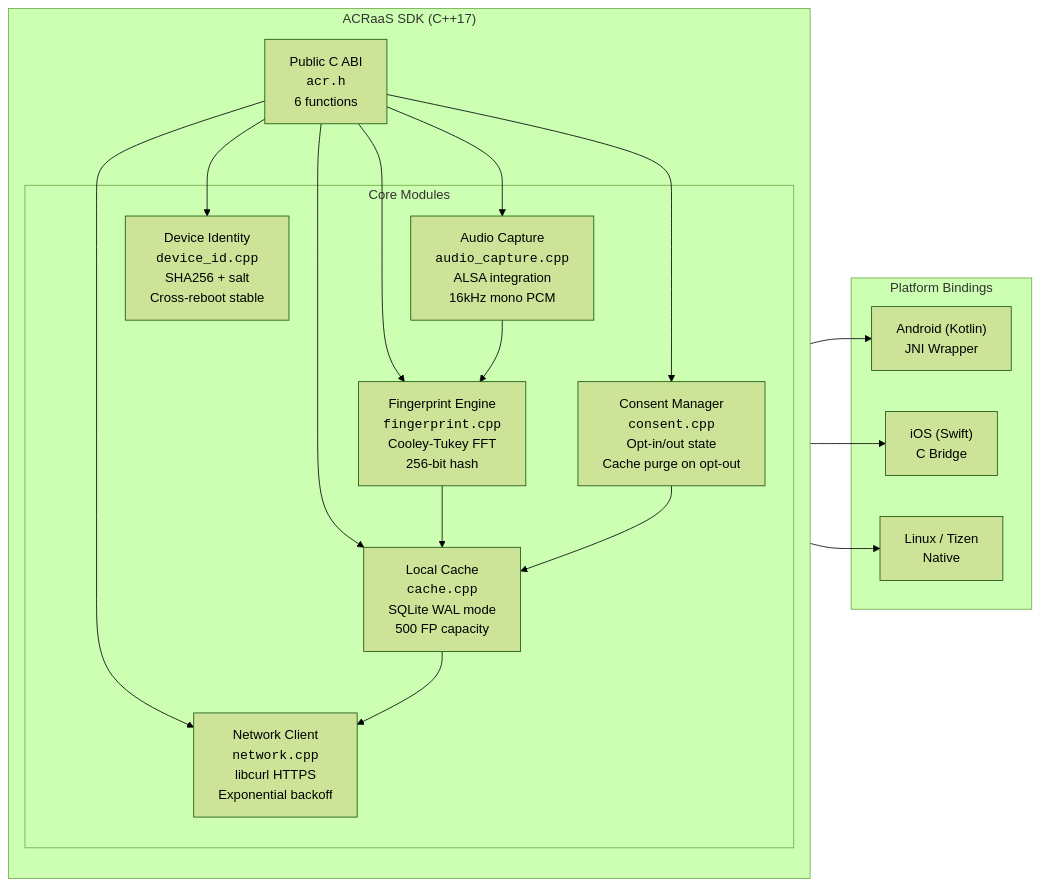
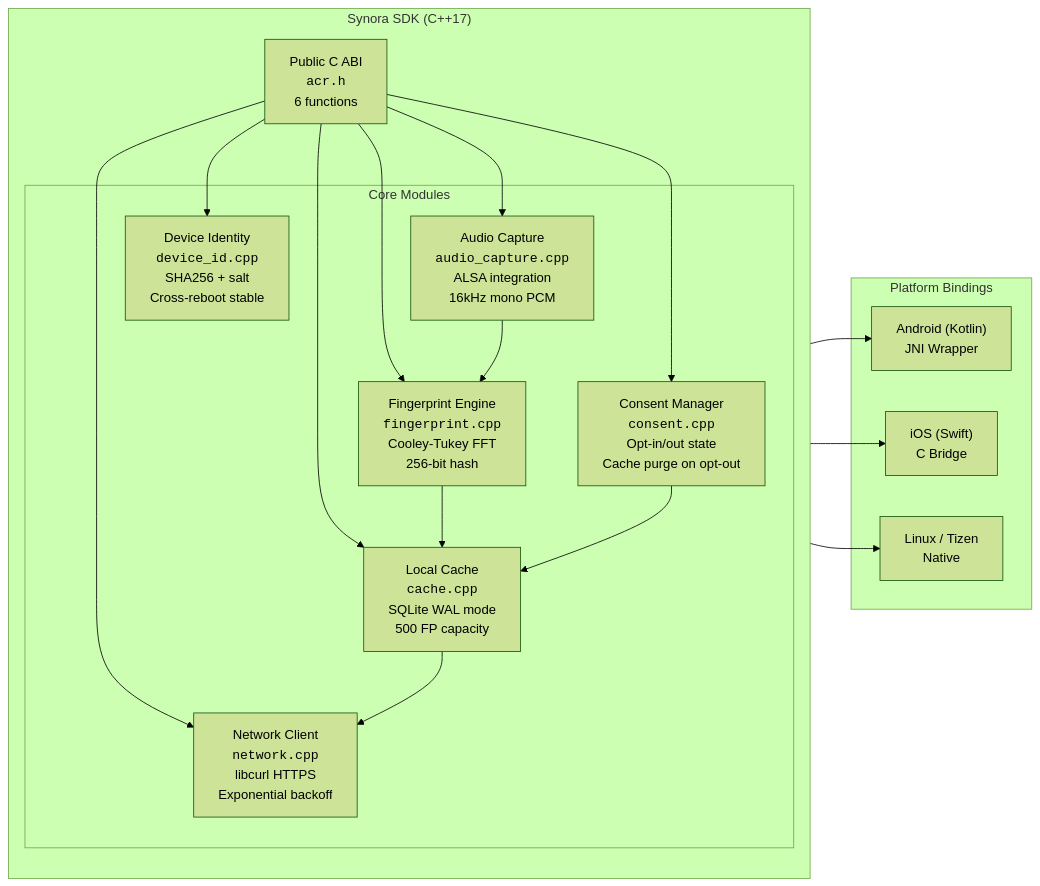
Before and after one commit to ksmettela/Synora: the third of 13 diagrams in PRODUCT_BLOG.md, drawn with Mermaid (forest theme). The commit also changed other lines of this file and 86 other files, not shown here.

````diff
--- a/PRODUCT_BLOG.md
+++ b/PRODUCT_BLOG.md
@@ -233,38 +233,38 @@
 ```mermaid
 graph LR
-    subgraph "ACRaaS SDK (C++17)"
+    subgraph "Synora SDK (C++17)"
         direction TB
         
         API["Public C ABI<br/><code>acr.h</code><br/>6 functions"]
         
         subgraph "Core Modules"
             AC["Audio Capture<br/><code>audio_capture.cpp</code><br/>ALSA integration<br/>16kHz mono PCM"]
             FP["Fingerprint Engine<br/><code>fingerprint.cpp</code><br/>Cooley-Tukey FFT<br/>256-bit hash"]
             DI["Device Identity<br/><code>device_id.cpp</code><br/>SHA256 + salt<br/>Cross-reboot stable"]
             CA["Local Cache<br/><code>cache.cpp</code><br/>SQLite WAL mode<br/>500 FP capacity"]
             NW["Network Client<br/><code>network.cpp</code><br/>libcurl HTTPS<br/>Exponential backoff"]
             CO["Consent Manager<br/><code>consent.cpp</code><br/>Opt-in/out state<br/>Cache purge on opt-out"]
         end
 
         API --> AC
         API --> FP
         API --> DI
         API --> CA
         API --> NW
         API --> CO
         AC --> FP
         FP --> CA
         CA --> NW
         CO --> CA
     end
     
     subgraph "Platform Bindings"
         AND["Android (Kotlin)<br/>JNI Wrapper"]
         IOS["iOS (Swift)<br/>C Bridge"]
         LIN["Linux / Tizen<br/>Native"]
     end
     
     API --> AND
     API --> IOS
     API --> LIN
 ```
````
